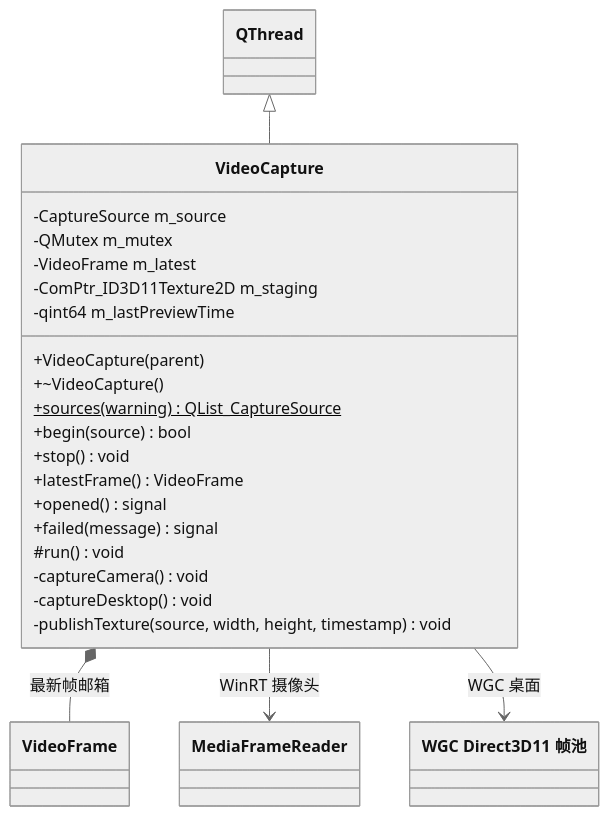
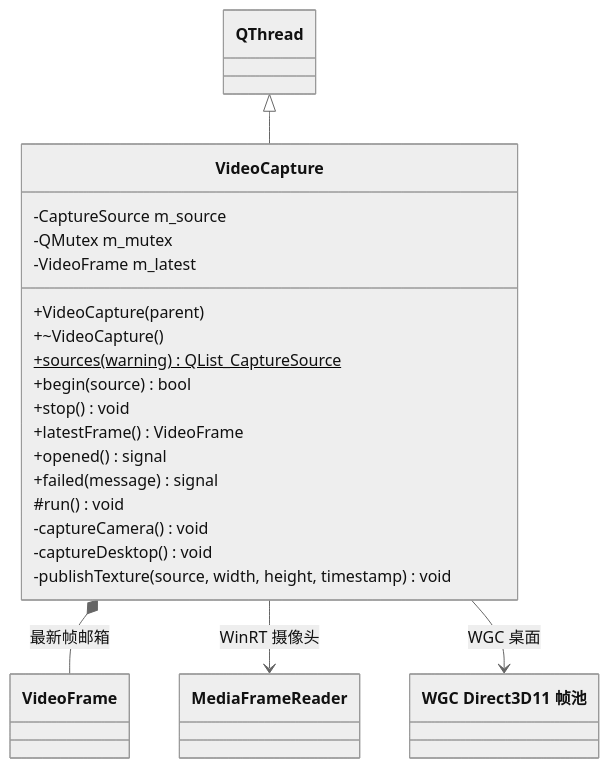
Before and after one commit to kingsman-svg/OBS: the diagram in docs/uml/VideoCapture.mmd, drawn with Mermaid (neutral theme). The commit also changed 59 other files, not shown here.

```diff
--- a/docs/uml/VideoCapture.mmd
+++ b/docs/uml/VideoCapture.mmd
@@ -1,25 +1,23 @@
 classDiagram
 class VideoCapture {
   -CaptureSource m_source
   -QMutex m_mutex
   -VideoFrame m_latest
-  -ComPtr_ID3D11Texture2D m_staging
-  -qint64 m_lastPreviewTime
   +VideoCapture(parent)
   +~VideoCapture()
   +sources(warning) QList_CaptureSource$
   +begin(source) bool
   +stop() void
   +latestFrame() VideoFrame
   +opened() signal
   +failed(message) signal
   #run() void
   -captureCamera() void
   -captureDesktop() void
   -publishTexture(source, width, height, timestamp) void
 }
 QThread <|-- VideoCapture
 class Direct3D11CaptureFramePool["WGC Direct3D11 帧池"]
 VideoCapture *-- VideoFrame : 最新帧邮箱
 VideoCapture --> MediaFrameReader : WinRT 摄像头
 VideoCapture --> Direct3D11CaptureFramePool : WGC 桌面
```
